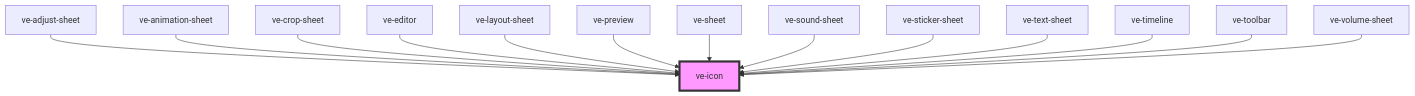
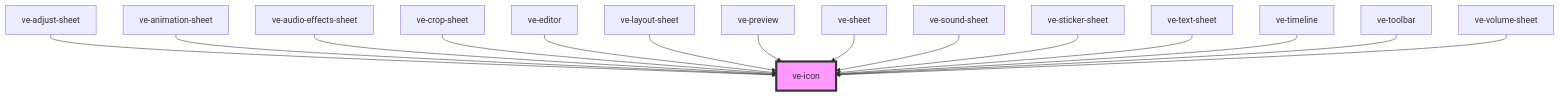
Before and after one commit to dotnetdreamer/capacitor-video-kit: the diagram in src/components/ve-icon/readme.md, drawn with Mermaid. The commit also changed other lines of this file and 58 other files, not shown here.

````diff
--- a/src/components/ve-icon/readme.md
+++ b/src/components/ve-icon/readme.md
@@ -49,17 +50,18 @@
 ```mermaid
 graph TD;
   ve-adjust-sheet --> ve-icon
   ve-animation-sheet --> ve-icon
+  ve-audio-effects-sheet --> ve-icon
   ve-crop-sheet --> ve-icon
   ve-editor --> ve-icon
   ve-layout-sheet --> ve-icon
   ve-preview --> ve-icon
   ve-sheet --> ve-icon
   ve-sound-sheet --> ve-icon
   ve-sticker-sheet --> ve-icon
   ve-text-sheet --> ve-icon
   ve-timeline --> ve-icon
   ve-toolbar --> ve-icon
   ve-volume-sheet --> ve-icon
   style ve-icon fill:#f9f,stroke:#333,stroke-width:4px
 ```
````
